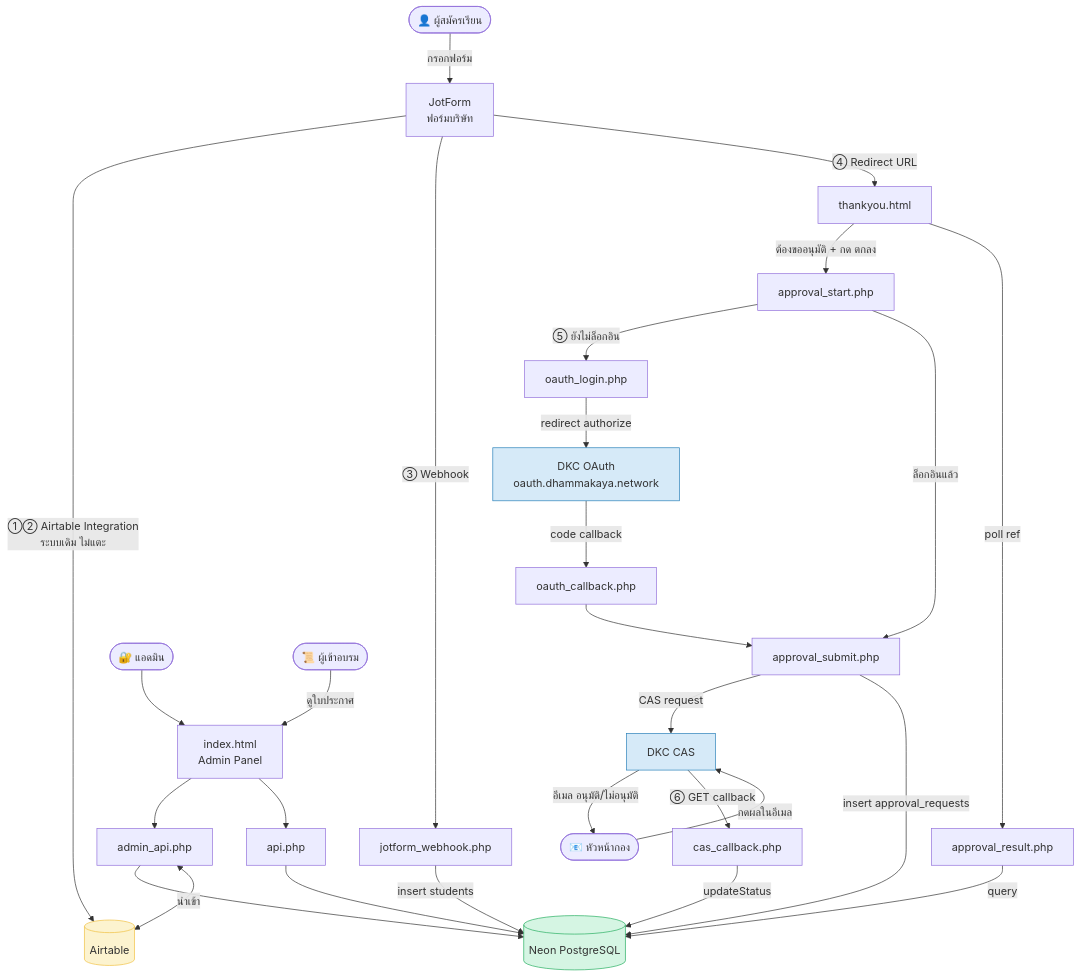
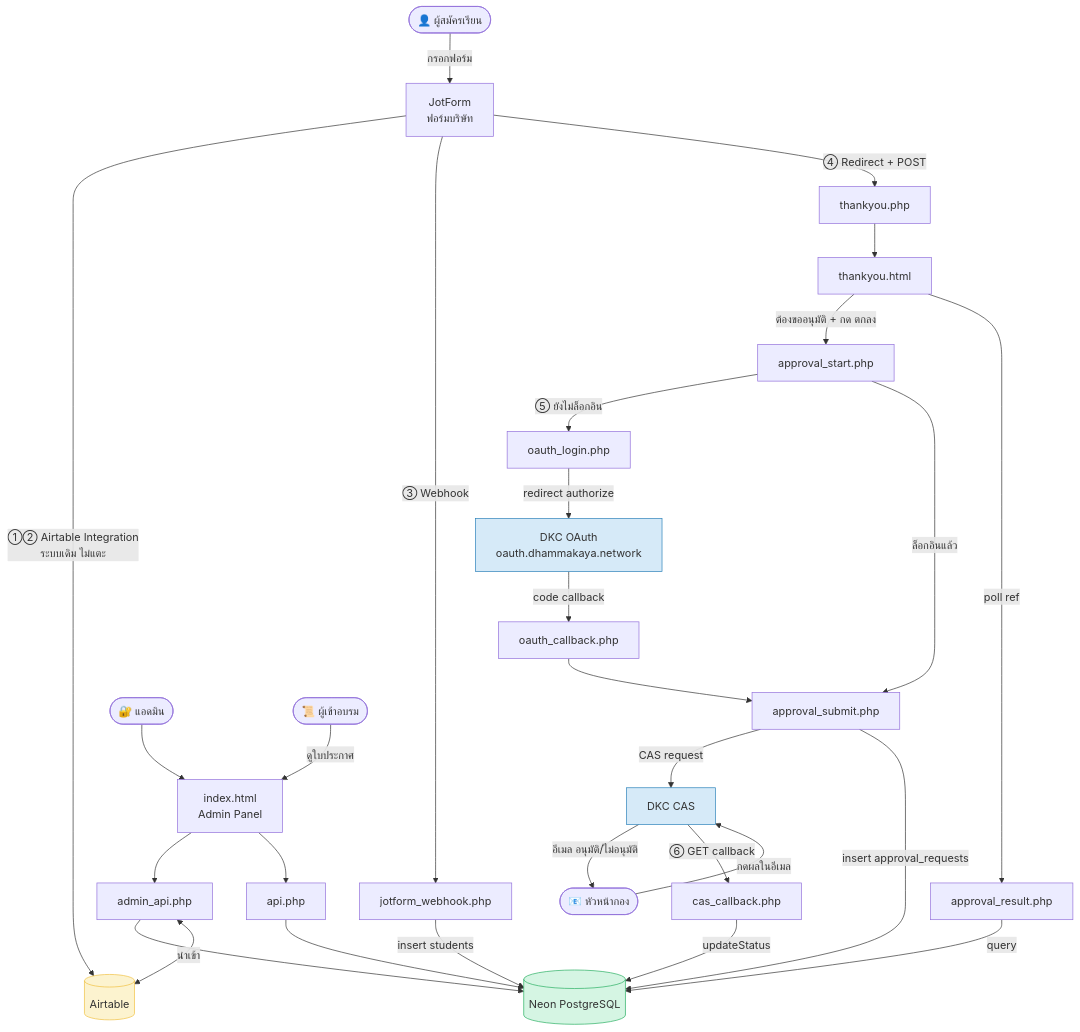
One commit to dkcapp/webcertificate changed the first of 5 diagrams in README.md. Above: the diagram before and after it, drawn with Mermaid. The commit also changed other lines of this file and 4 other files, not shown here.

````diff
--- a/README.md
+++ b/README.md
@@ -57,38 +57,38 @@
 ```mermaid
 flowchart TD
     A([👤 ผู้สมัครเรียน]) -->|กรอกฟอร์ม| JF[JotForm\nฟอร์มบริษัท]
     JF -->|①②  Airtable Integration\nระบบเดิม ไม่แตะ| AT[(Airtable)]
     JF -->|③ Webhook| WH[jotform_webhook.php]
     WH -->|insert students| DB[(Neon PostgreSQL)]
-    JF -->|④ Redirect URL| TY[thankyou.html]
+    JF -->|④ Redirect + POST| TYP[thankyou.php] --> TY[thankyou.html]
 
     TY -->|ต้องขออนุมัติ + กด ตกลง| AS[approval_start.php]
     AS -->|⑤ ยังไม่ล็อกอิน| OL[oauth_login.php]
     OL -->|redirect authorize| DKCO[DKC OAuth\noauth.dhammakaya.network]
     DKCO -->|code callback| OC[oauth_callback.php]
     OC --> SUB[approval_submit.php]
     AS -->|ล็อกอินแล้ว| SUB
     SUB -->|CAS request| CAS[DKC CAS]
     SUB -->|insert approval_requests| DB
     CAS -->|อีเมล อนุมัติ/ไม่อนุมัติ| HH([📧 หัวหน้ากอง])
     HH -->|กดผลในอีเมล| CAS
     CAS -->|⑥ GET callback| CC[cas_callback.php]
     CC -->|updateStatus| DB
 
     TY -->|poll ref| AR[approval_result.php]
     AR -->|query| DB
 
     ADM([🔐 แอดมิน]) --> IDX[index.html\nAdmin Panel]
     IDX --> AAPI[admin_api.php]
     AAPI --> DB
     AAPI <-->|นำเข้า| AT
 
     B([📜 ผู้เข้าอบรม]) -->|ดูใบประกาศ| IDX
     IDX --> API[api.php]
     API --> DB
 
     style AT fill:#fcf3cf,stroke:#f0c040
     style DB fill:#d5f5e3,stroke:#27ae60
     style DKCO fill:#d6eaf8,stroke:#2980b9
     style CAS fill:#d6eaf8,stroke:#2980b9
 ```
````
